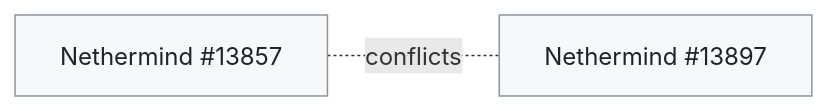
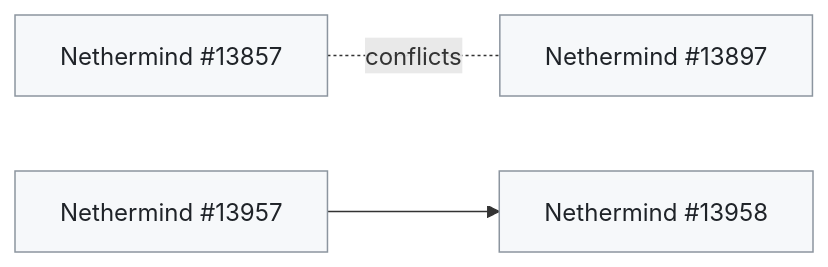
Before and after one commit to banteg/trace-interop: the second of 3 diagrams in docs/client-fixes.md, drawn with Mermaid. The commit also changed other lines of this file and 14 other files, not shown here.

````diff
--- a/docs/client-fixes.md
+++ b/docs/client-fixes.md
@@ -65,7 +67,10 @@
 ```mermaid
 flowchart LR
   Nethermind_13857["Nethermind #13857"]:::open
   Nethermind_13897["Nethermind #13897"]:::open
+  Nethermind_13958["Nethermind #13958"]:::open
+  Nethermind_13957["Nethermind #13957"]:::open
   Nethermind_13857 -. conflicts .- Nethermind_13897
+  Nethermind_13957 --> Nethermind_13958
   classDef open fill:#f6f8fa,stroke:#8c959f,color:#1f2328
 ```
````
